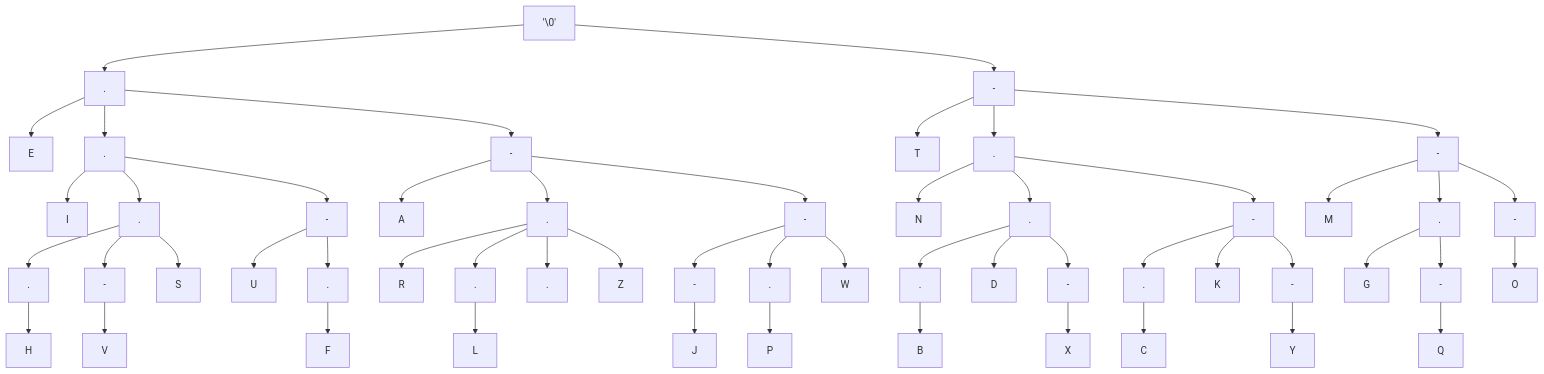
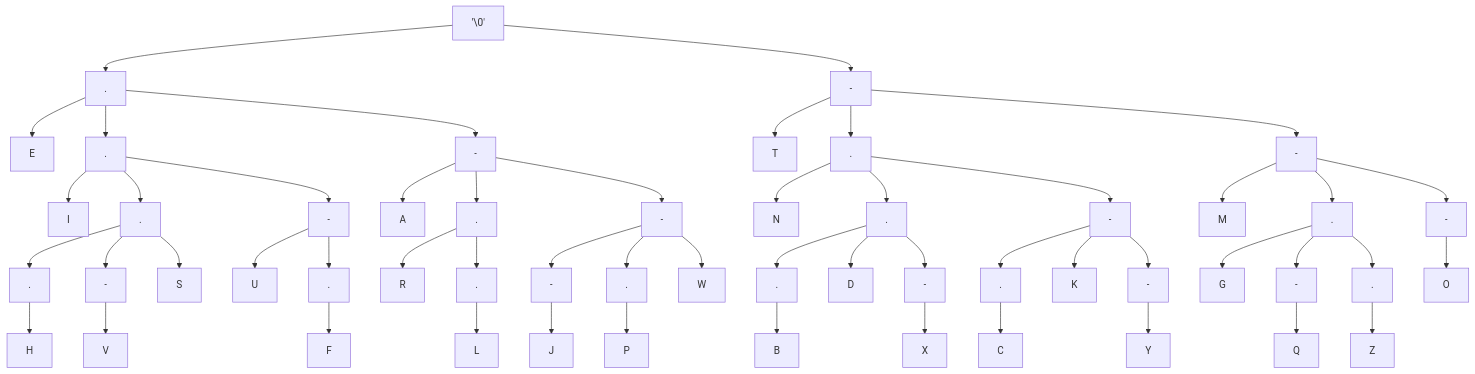
One commit to mmcnally1/arduino-projects changed the second of 2 diagrams in morse-code/README.md. Above: the diagram before and after it, drawn with Mermaid.

````diff
--- a/morse-code/README.md
+++ b/morse-code/README.md
@@ -27,55 +27,55 @@
 ```mermaid
 graph TD;
 A['\0'] --> B[.]
 A['\0'] --> H[-]
 B[.] --> C[E]
 B[.] --> D[.]
 D[.] --> E[I]
 B[.] --> F[-]
 F[-] --> G[A]
 H[-] --> I[T]
 H[-] --> J[.]
 J[.] --> K[N]
 H[-] --> L[-]
 L[-] --> M[M]
 D[.] --> N[.]
 D[.] --> O[-]
 L[-] --> P[.]
 L[-] --> Q[-]
 F[-] --> R[.]
 F[-] --> S[-]
 N[.] --> T[.]
 N[.] --> U[-]
 N[.] --> V[S]
 J[.] --> W[.]
 J[.] --> X[-]
 O[-] --> Y[U]
 R[.] --> Z[R]
 W[.] --> AA[.]
 AA[.] --> AB[B]
 X[-] --> AC[.]
 AC[.] --> AD[C]
 W[.] --> AE[D]
 O[-] --> AF[.]
 AF[.] --> AG[F]
 P[.] --> AH[G]
 T[.] --> AI[H]
 S[-] --> AJ[-]
 AJ[-] --> AK[J]
 X[-] --> AL[K]
 R[.] --> AM[.]
 AM[.] --> AN[L]
 Q[-] --> AO[O]
 S[-] --> AP[.]
 AP[.] --> AQ[P]
 P[.] --> AR[-]
 AR[-] --> AS[Q]
 U[-] --> AT[V]
 S[-] --> AU[W]
 W[.] --> AV[-]
 AV[-] --> AW[X]
 X[-] --> AX[-]
 AX[-] --> AY[Y]
-R[.] --> AZ[.]
-R[.] --> AAB[Z]
+P[.] --> AZ[.]
+AZ[.] --> BA[Z]
 ```
````
